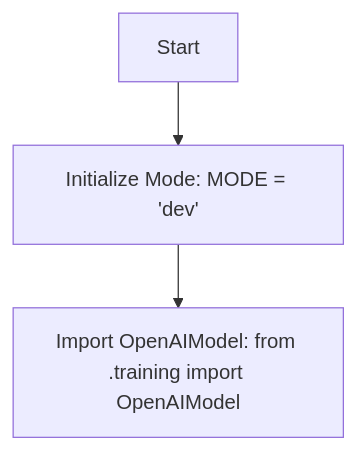
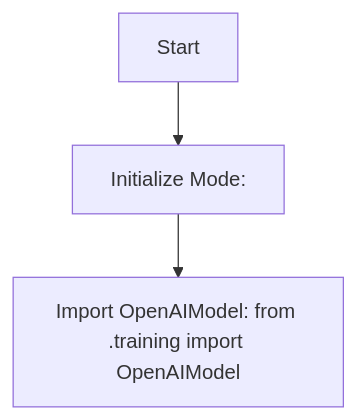
One commit to hypo69/hypo changed the diagram in docs/gemini/ru/explainer/src/ai/openai/model/__init__.py.md. Above: the diagram before and after it, drawn with Mermaid. The commit also changed other lines of this file and 6031 other files, not shown here.

````diff
--- a/docs/gemini/ru/explainer/src/ai/openai/model/__init__.py.md
+++ b/docs/gemini/ru/explainer/src/ai/openai/model/__init__.py.md
@@ -15,5 +15,5 @@
 ```mermaid
 flowchart TD
-    Start --> ModeInitialization[Initialize Mode: MODE = 'dev']
+    Start --> ModeInitialization[Initialize Mode: ]
     ModeInitialization --> ImportOpenAIModel[Import OpenAIModel: from .training import OpenAIModel]
 ```
````
